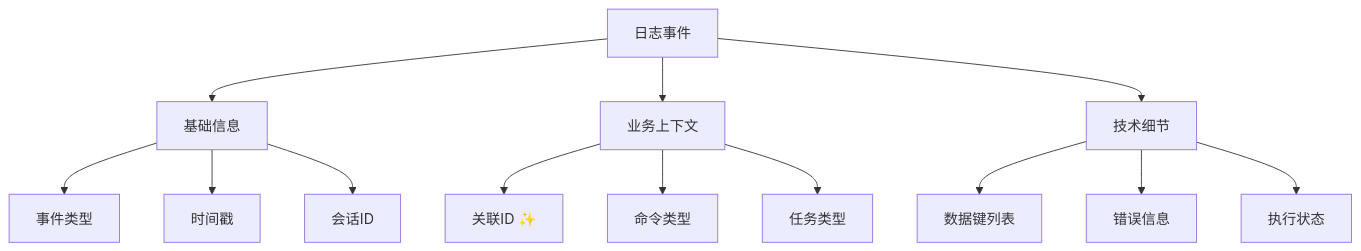
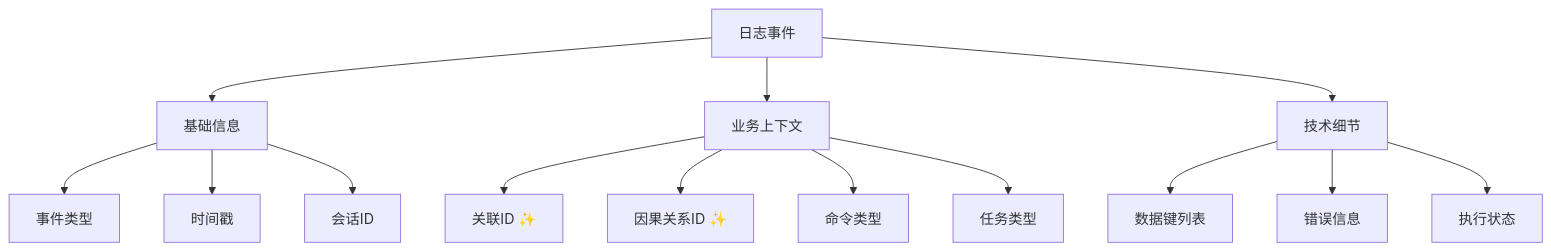
One commit to zhiyue/infinite-scribe changed the tenth of 10 diagrams in apps/backend/src/agents/orchestrator/README.md. Above: the diagram before and after it, drawn with Mermaid. The commit also changed other lines of this file, not shown here.

````diff
--- a/apps/backend/src/agents/orchestrator/README.md
+++ b/apps/backend/src/agents/orchestrator/README.md
@@ -386,18 +433,19 @@
 ```mermaid
 graph TD
     A[日志事件] --> B[基础信息]
     A --> C[业务上下文]
     A --> D[技术细节]
     
     B --> B1[事件类型]
     B --> B2[时间戳]
     B --> B3[会话ID]
     
     C --> C1[关联ID ✨]
-    C --> C2[命令类型]
-    C --> C3[任务类型]
+    C --> C2[因果关系ID ✨]
+    C --> C3[命令类型]
+    C --> C4[任务类型]
     
     D --> D1[数据键列表]
     D --> D2[错误信息]
     D --> D3[执行状态]
 ```
````
